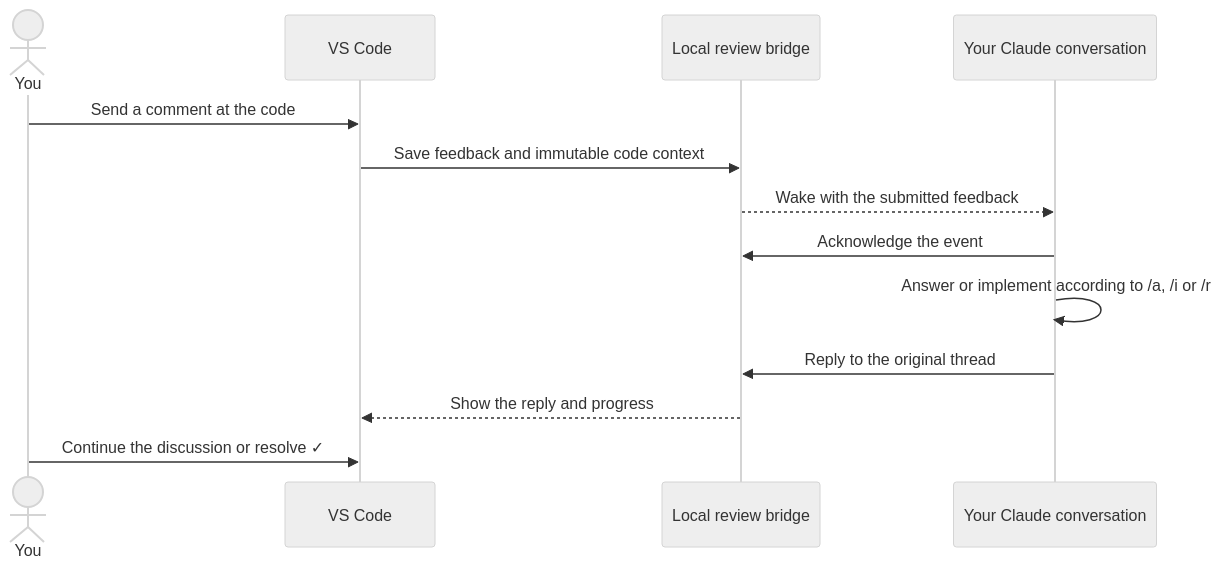
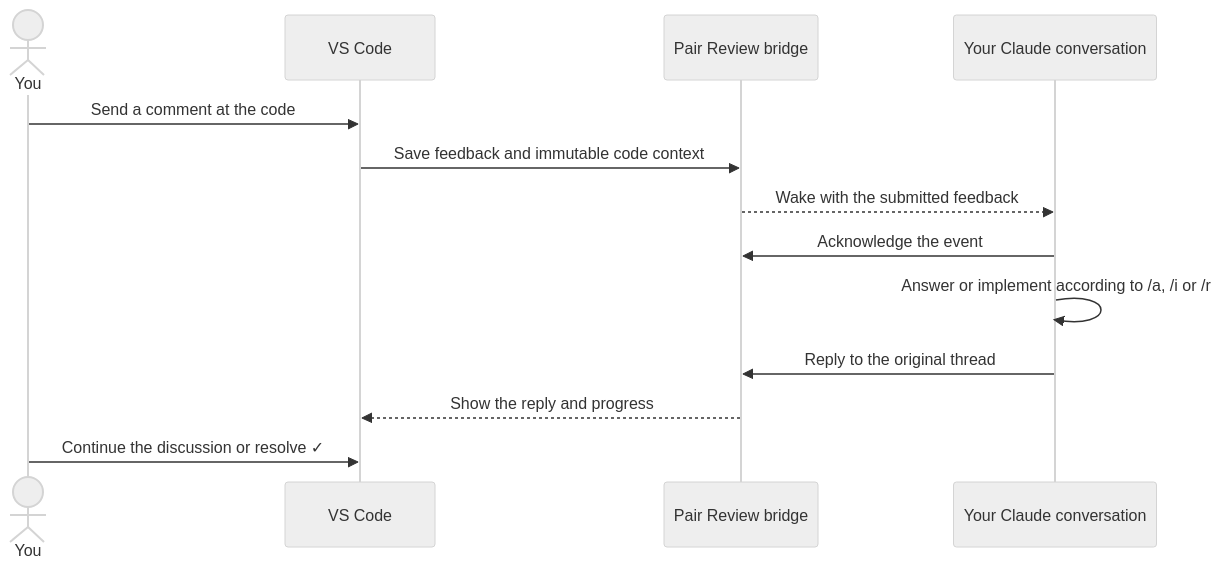
Before and after one commit to kaiketsu-labs/diffguide: the second of 2 diagrams in README.md, drawn with Mermaid (neutral theme). The commit also changed other lines of this file and 86 other files, not shown here.

First line of the commit message:
feat!: rename local-review to pair-review

````diff
--- a/README.md
+++ b/README.md
@@ -110,15 +110,15 @@
 ```mermaid
 sequenceDiagram
     actor You
     participant VS as VS Code
-    participant Local as Local review bridge
+    participant Local as Pair Review bridge
     participant Claude as Your Claude conversation
     You->>VS: Send a comment at the code
     VS->>Local: Save feedback and immutable code context
     Local-->>Claude: Wake with the submitted feedback
     Claude->>Local: Acknowledge the event
     Claude->>Claude: Answer or implement according to /a, /i or /r
     Claude->>Local: Reply to the original thread
     Local-->>VS: Show the reply and progress
     You->>VS: Continue the discussion or resolve ✓
 ```
````
